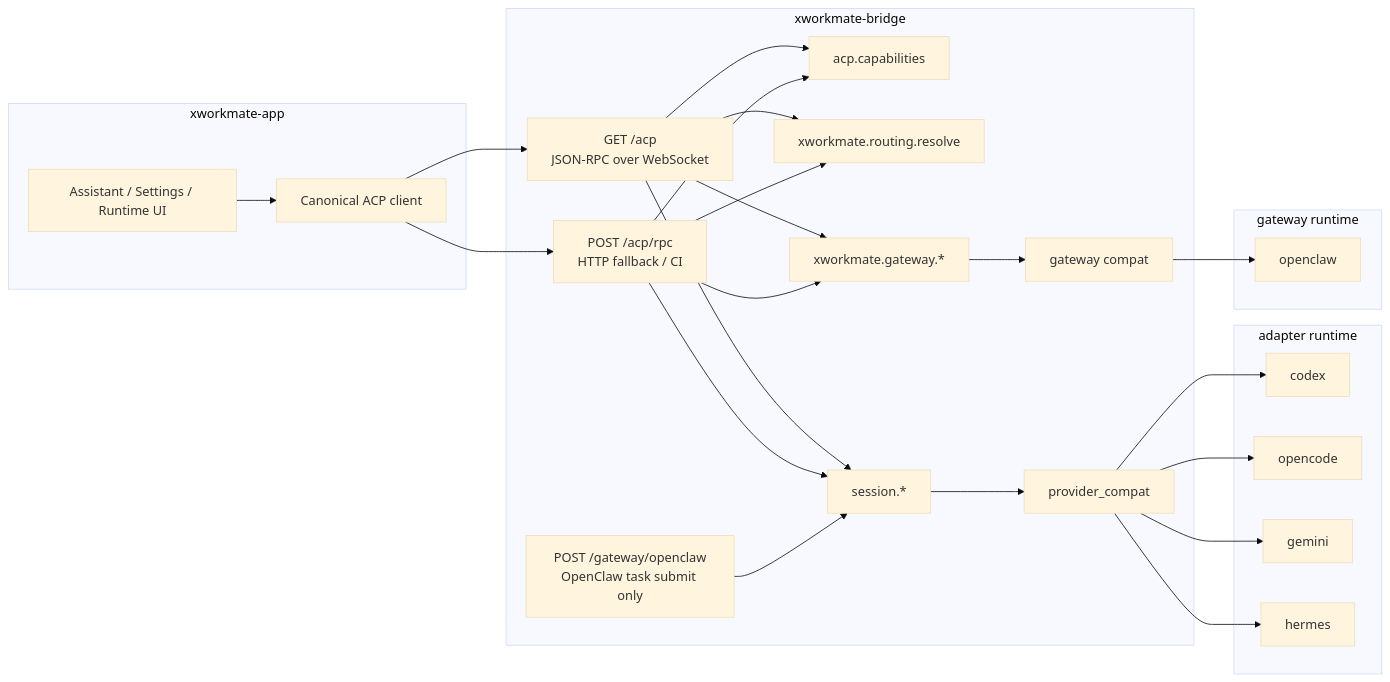
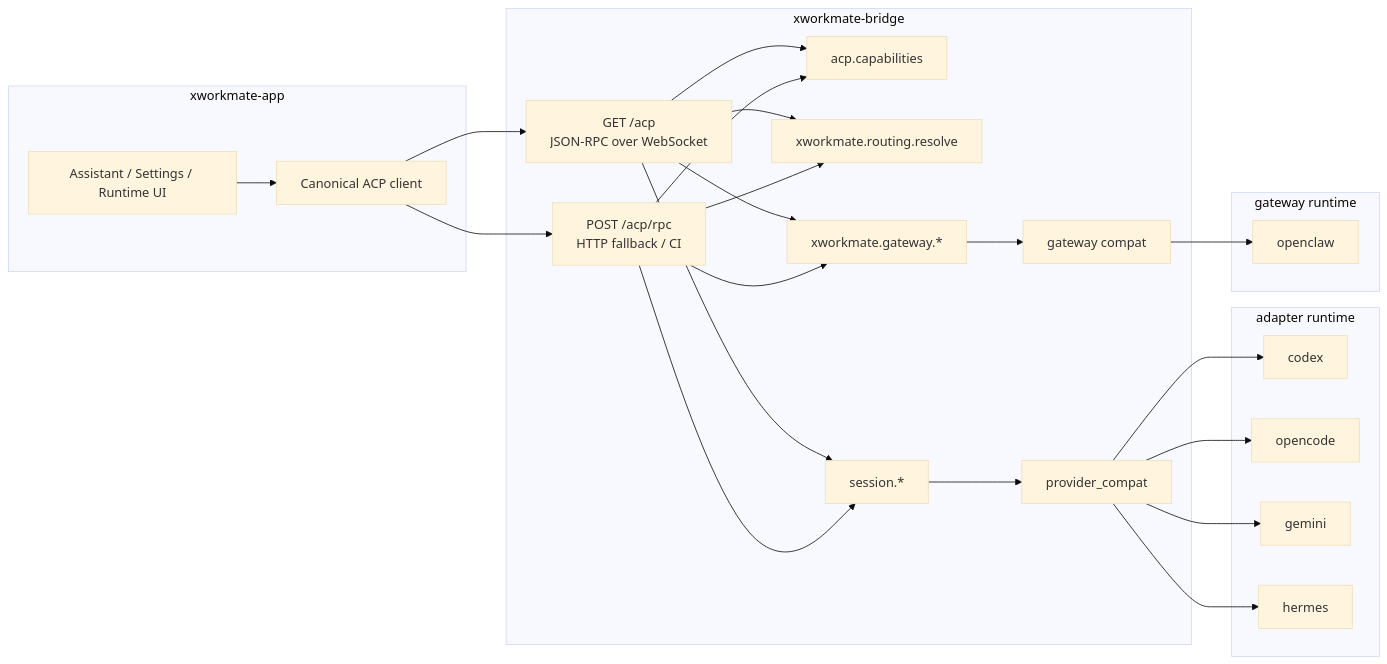
The diagram in docs/architecture/acp-forwarding-topology.md (ai-workspace-lab/xworkmate-bridge), drawn with Mermaid (base theme) before and after one commit. The commit also changed other lines of this file and 9 other files, not shown here.

Commit message:
Route OpenClaw tasks through ACP RPC

````diff
--- a/docs/architecture/acp-forwarding-topology.md
+++ b/docs/architecture/acp-forwarding-topology.md
@@ -24,50 +23,48 @@
 ```mermaid
 flowchart LR
     subgraph APP["xworkmate-app"]
         A1["Assistant / Settings / Runtime UI"]
         A2["Canonical ACP client"]
         A1 --> A2
     end
 
     subgraph BRIDGE["xworkmate-bridge"]
         B1["GET /acp<br/>JSON-RPC over WebSocket"]
         B2["POST /acp/rpc<br/>HTTP fallback / CI"]
         B3["acp.capabilities"]
         B4["xworkmate.routing.resolve"]
         B5["session.*"]
         B6["xworkmate.gateway.*"]
-        B7["POST /gateway/openclaw<br/>OpenClaw task submit only"]
-        B8["provider_compat"]
-        B9["gateway compat"]
+        B7["provider_compat"]
+        B8["gateway compat"]
     end
 
     subgraph ADAPTERS["adapter runtime"]
         C1["codex"]
         C2["opencode"]
         C3["gemini"]
         C4["hermes"]
     end
 
     subgraph GATEWAY["gateway runtime"]
         D1["openclaw"]
     end
 
     A2 --> B1
     A2 --> B2
     B1 --> B3
     B1 --> B4
     B1 --> B5
     B1 --> B6
     B2 --> B3
     B2 --> B4
     B2 --> B5
     B2 --> B6
-    B7 --> B5
-    B5 --> B8
-    B6 --> B9
-    B8 --> C1
-    B8 --> C2
-    B8 --> C3
-    B8 --> C4
-    B9 --> D1
+    B5 --> B7
+    B6 --> B8
+    B7 --> C1
+    B7 --> C2
+    B7 --> C3
+    B7 --> C4
+    B8 --> D1
 ```
````
